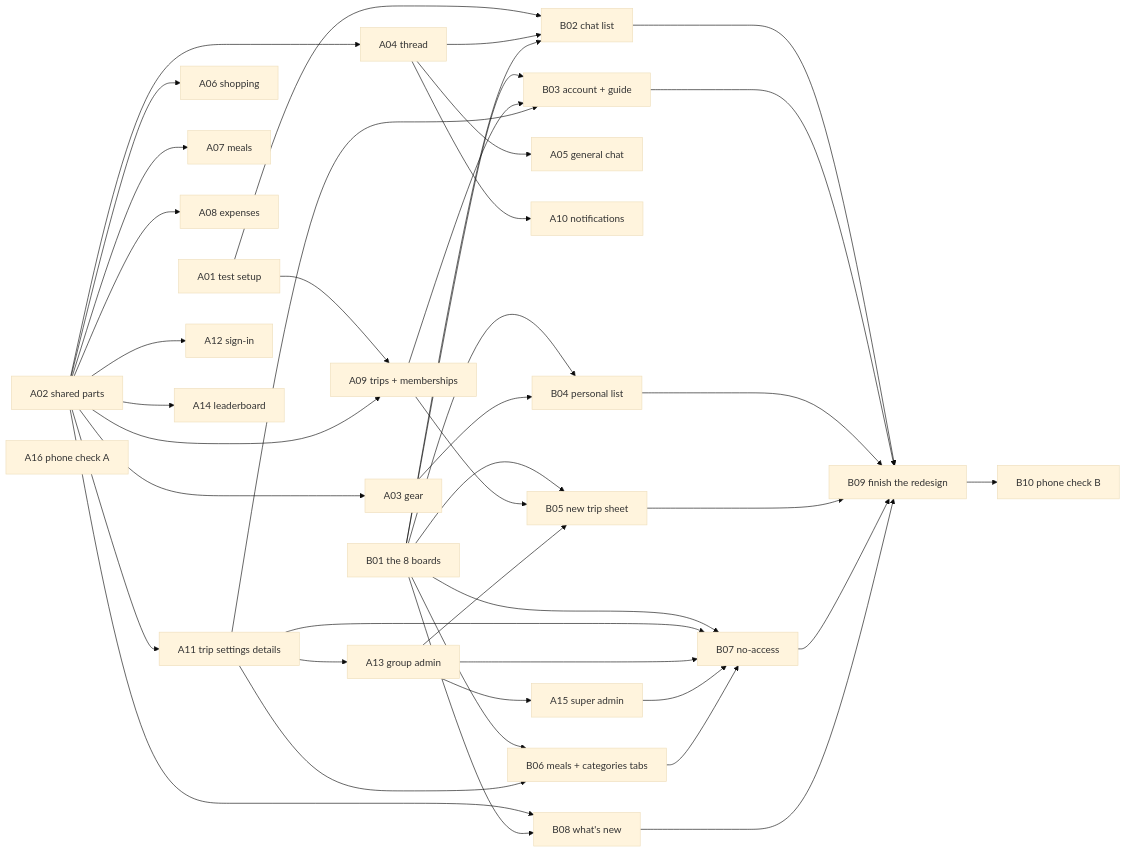
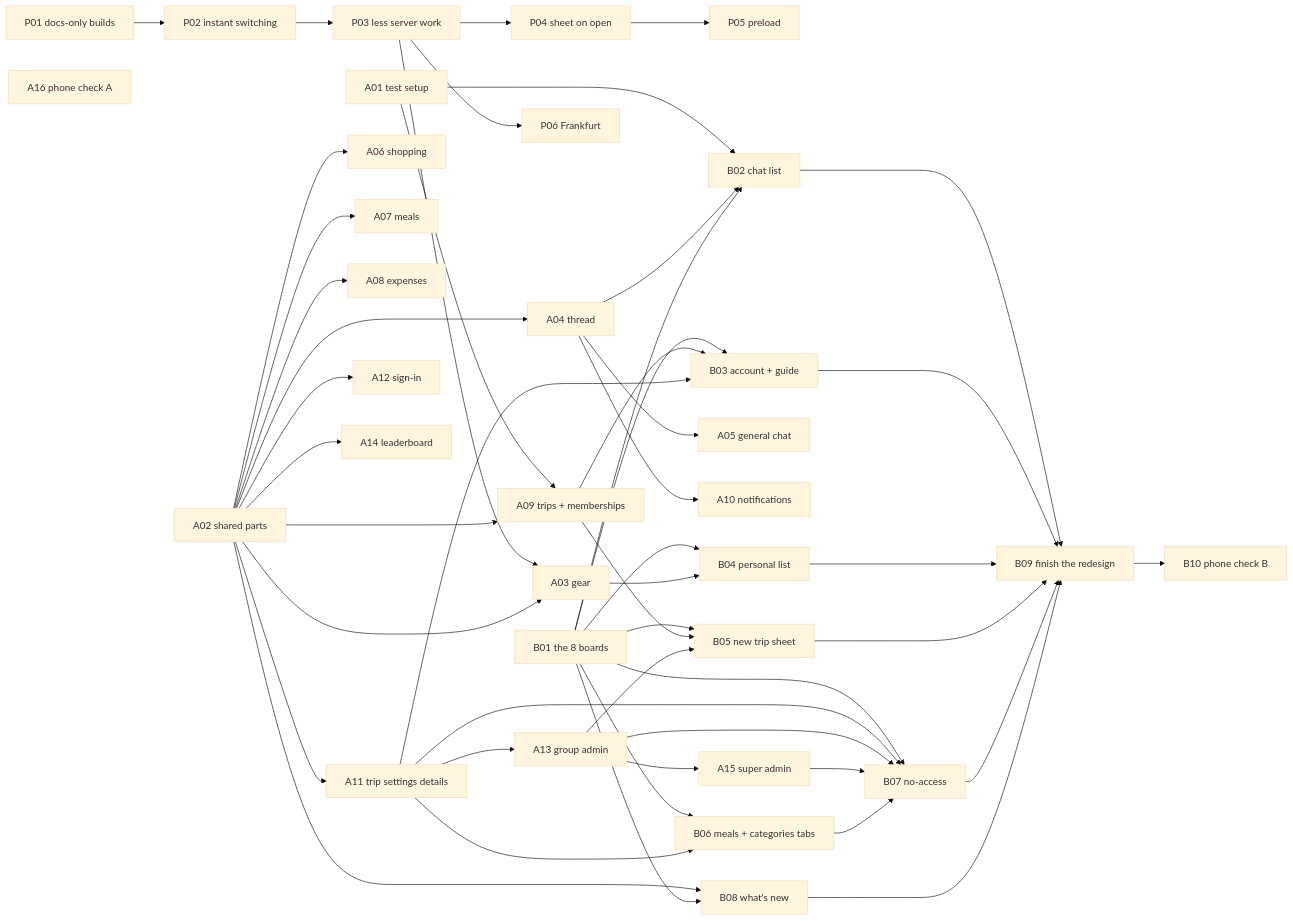
The diagram in docs/roadmap-redesign.md (idodjeen/camping), drawn with Mermaid (base theme) before and after one commit. The commit also changed other lines of this file and 11 other files, not shown here.

````diff
--- a/docs/roadmap-redesign.md
+++ b/docs/roadmap-redesign.md
@@ -61,18 +70,21 @@
 ```mermaid
 flowchart LR
+  P01[P01 docs-only builds] --> P02[P02 instant switching] --> P03[P03 less server work] --> A03
+  P03 --> P04[P04 sheet on open] --> P05[P05 preload]
+  P03 --> P06[P06 Frankfurt]
   A01[A01 test setup] --> A09
   A01 --> B02
   A02[A02 shared parts] --> A03[A03 gear] & A04[A04 thread] & A06[A06 shopping] & A07[A07 meals] & A08[A08 expenses] & A09[A09 trips + memberships] & A11[A11 trip settings details] & A12[A12 sign-in] & A14[A14 leaderboard] & B08
   A04 --> A05[A05 general chat] & A10[A10 notifications] & B02
   A11 --> A13[A13 group admin] --> A15[A15 super admin]
   B01[B01 the 8 boards] --> B02[B02 chat list] & B03[B03 account + guide] & B04[B04 personal list] & B05[B05 new trip sheet] & B06[B06 meals + categories tabs] & B07[B07 no-access] & B08[B08 what's new]
   A03 --> B04
   A09 --> B03 & B05
   A11 --> B03 & B06 & B07
   A13 --> B05 & B07
   A15 --> B07
   B06 --> B07
   B02 & B03 & B04 & B05 & B07 & B08 --> B09[B09 finish the redesign]
   A16[A16 phone check A]
   B09 --> B10[B10 phone check B]
 ```
````
